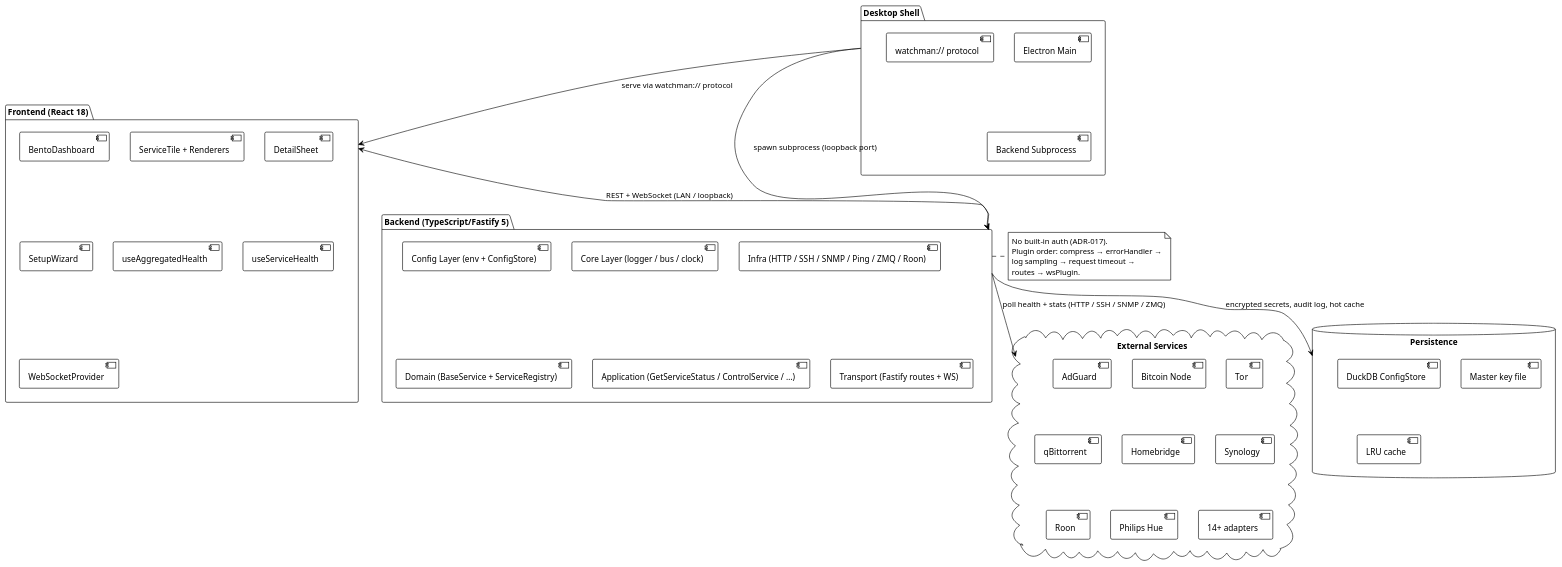
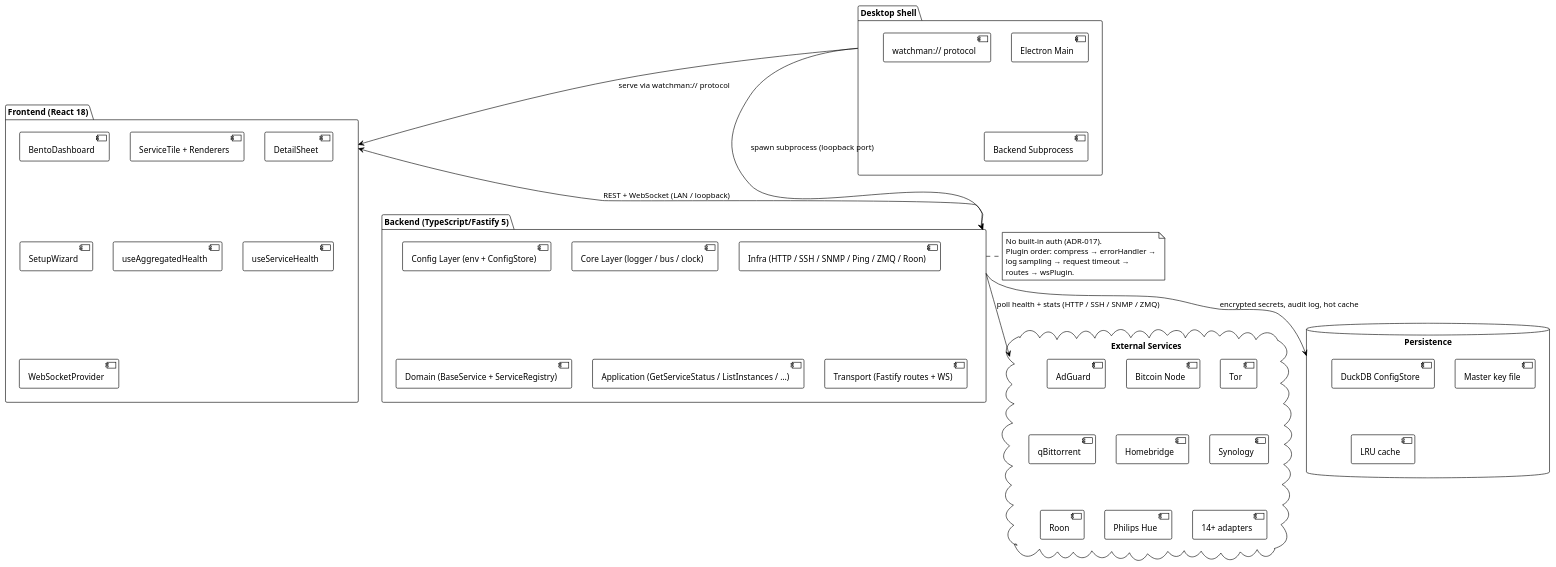
Before and after one commit to EraPartner/Watchman: the second of 5 diagrams in docs/INDEX.md, drawn with PlantUML. The commit also changed other lines of this file and 37 other files, not shown here.

````diff
--- a/docs/INDEX.md
+++ b/docs/INDEX.md
@@ -238,61 +238,61 @@
 ```plantuml
 @startuml
 !theme plain
 
 package "Desktop Shell" as DT {
     [Electron Main]
     [watchman:// protocol]
     [Backend Subprocess]
 }
 
 package "Frontend (React 18)" as FE {
     [BentoDashboard]
     [ServiceTile + Renderers]
     [DetailSheet]
     [SetupWizard]
     [useAggregatedHealth]
     [useServiceHealth]
     [WebSocketProvider]
 }
 
 package "Backend (TypeScript/Fastify 5)" as BE {
     [Config Layer (env + ConfigStore)]
     [Core Layer (logger / bus / clock)]
     [Infra (HTTP / SSH / SNMP / Ping / ZMQ / Roon)]
     [Domain (BaseService + ServiceRegistry)]
-    [Application (GetServiceStatus / ControlService / …)]
+    [Application (GetServiceStatus / ListInstances / …)]
     [Transport (Fastify routes + WS)]
 }
 
 database "Persistence" as DATA {
     [DuckDB ConfigStore]
     [Master key file]
     [LRU cache]
 }
 
 cloud "External Services" as Ext {
     [AdGuard]
     [Bitcoin Node]
     [Tor]
     [qBittorrent]
     [Homebridge]
     [Synology]
     [Roon]
     [Philips Hue]
     [14+ adapters]
 }
 
 DT --> BE : spawn subprocess (loopback port)
 DT --> FE : serve via watchman:// protocol
 FE <--> BE : REST + WebSocket (LAN / loopback)
 BE --> DATA : encrypted secrets, audit log, hot cache
 BE --> Ext : poll health + stats (HTTP / SSH / SNMP / ZMQ)
 
 note right of BE
   No built-in auth (ADR-017).
   Plugin order: compress → errorHandler →
   log sampling → request timeout →
   routes → wsPlugin.
 end note
 @enduml
 ```
````
